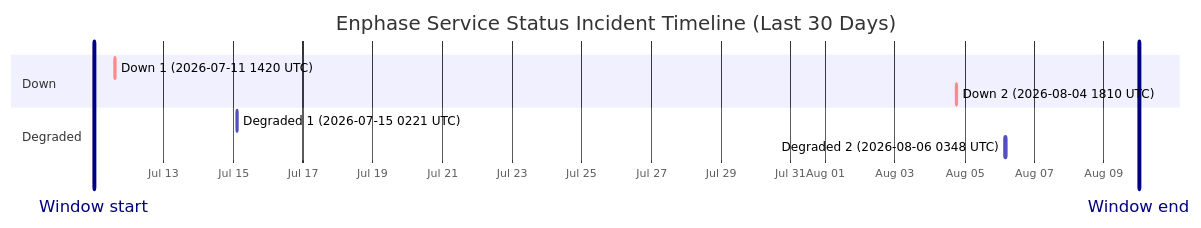
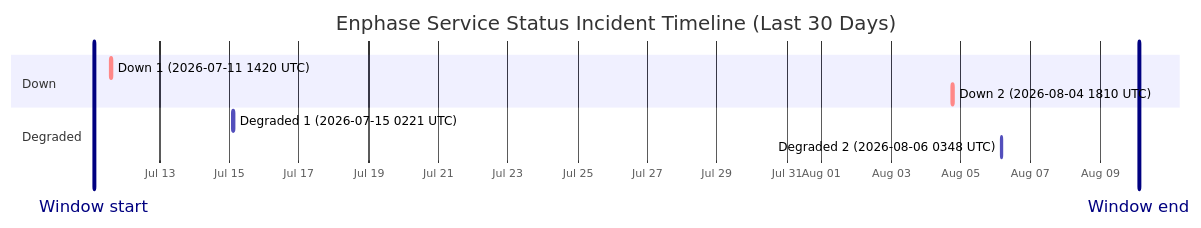
One commit to barneyonline/ha-enphase-energy changed the diagram in wiki/Service-Status-History.md. Above: the diagram before and after it, drawn with Mermaid. The commit also changed other lines of this file and 3 other files, not shown here.

````diff
--- a/wiki/Service-Status-History.md
+++ b/wiki/Service-Status-History.md
@@ -14,14 +14,14 @@
 ```mermaid
 gantt
     title Enphase Service Status Incident Timeline (Last 30 Days)
     dateFormat  YYYY-MM-DDTHH:mm:ss
     axisFormat  %b %d
-    Window start :vert, window-start, 2026-07-11T00:00:15, 0ms
-    Window end :vert, window-end, 2026-08-10T00:00:15, 0ms
+    Window start :vert, window-start, 2026-07-11T02:40:23, 0ms
+    Window end :vert, window-end, 2026-08-10T02:40:23, 0ms
     section Down
     Down 1 (2026-07-11 1420 UTC) :crit, down-1, 2026-07-11T14:20:54, 69m
     Down 2 (2026-08-04 1810 UTC) :crit, down-2, 2026-08-04T18:10:46, 60m
     section Degraded
     Degraded 1 (2026-07-15 0221 UTC) :active, degraded-1, 2026-07-15T02:21:35, 60m
     Degraded 2 (2026-08-06 0348 UTC) :active, degraded-2, 2026-08-06T03:48:14, 60m
 ```
````
